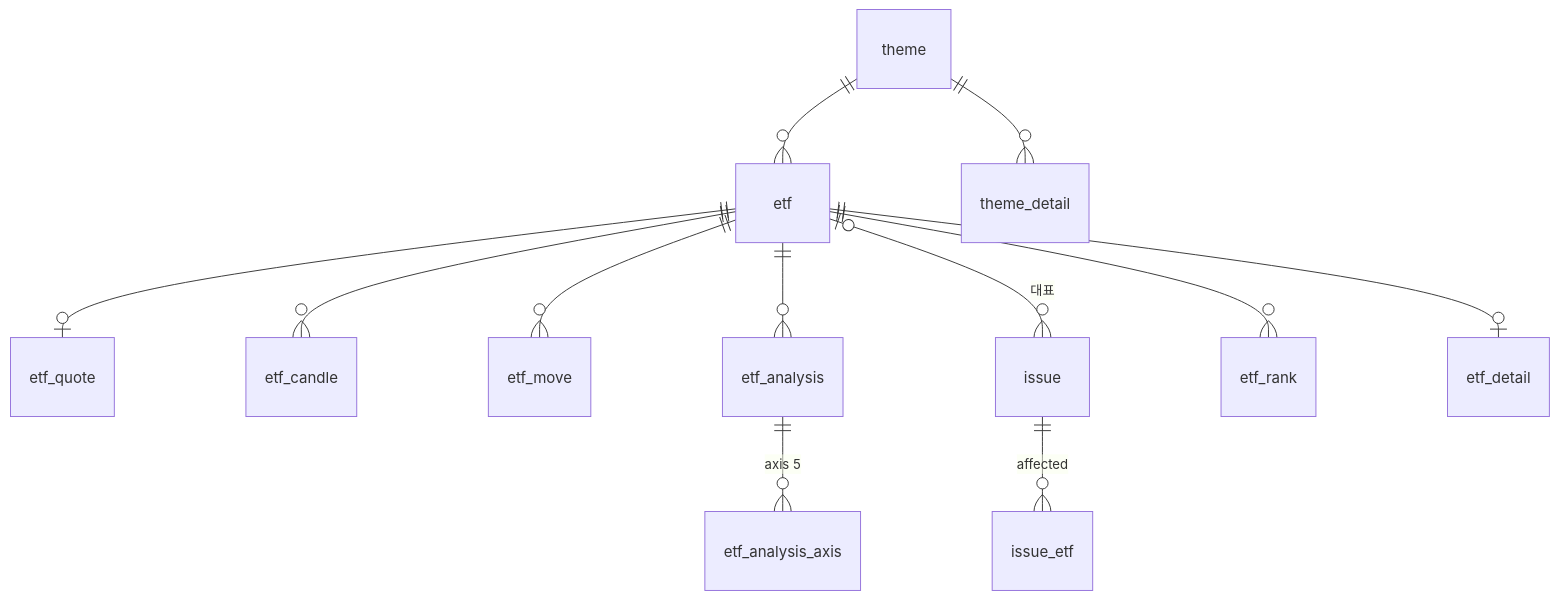
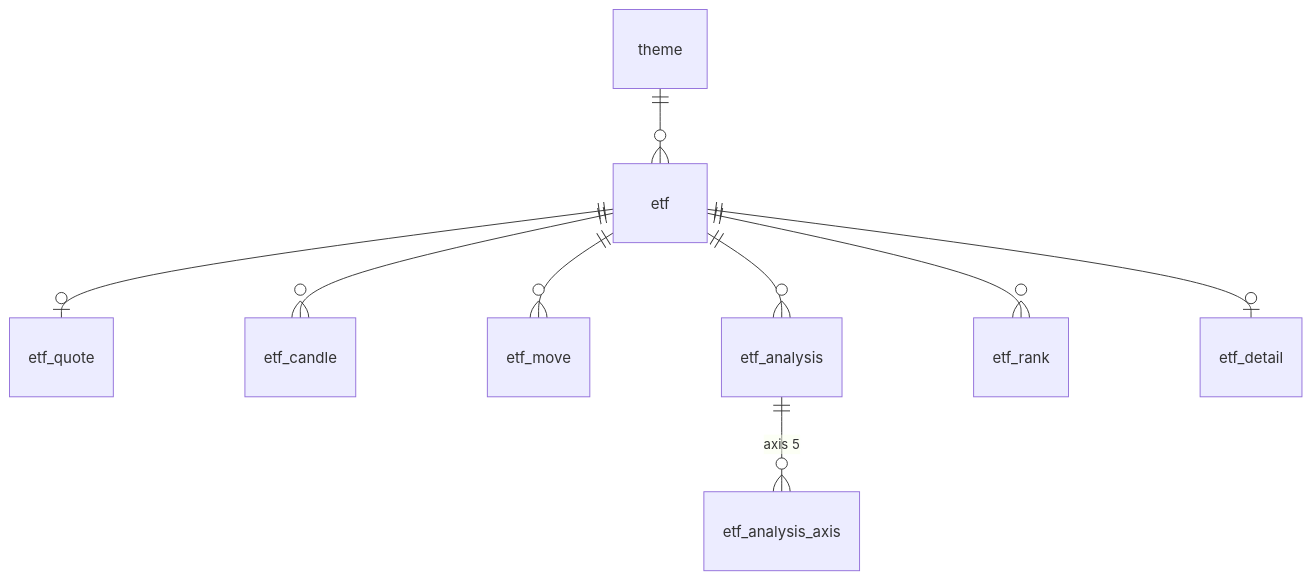
One commit to alphaeveryday/edge changed the second of 2 diagrams in src/apps/cloud/app-api/docs/erd.md. Above: the diagram before and after it, drawn with Mermaid. The commit also changed other lines of this file and 2 other files, not shown here.

Commit message:
docs(app-api): 계약과 ERD 에서 이슈·테마 분석 삭제

````diff
--- a/src/apps/cloud/app-api/docs/erd.md
+++ b/src/apps/cloud/app-api/docs/erd.md
@@ -399,14 +361,11 @@
 ```mermaid
 erDiagram
     theme ||--o{ etf : ""
     etf ||--o| etf_quote : ""
     etf ||--o{ etf_candle : ""
     etf ||--o{ etf_move : ""
     etf ||--o{ etf_analysis : ""
     etf_analysis ||--o{ etf_analysis_axis : "axis 5"
-    etf o|--o{ issue : "대표"
-    issue ||--o{ issue_etf : "affected"
-    theme ||--o{ theme_detail : ""
     etf ||--o{ etf_rank : ""
     etf ||--o| etf_detail : ""
 ```
````
